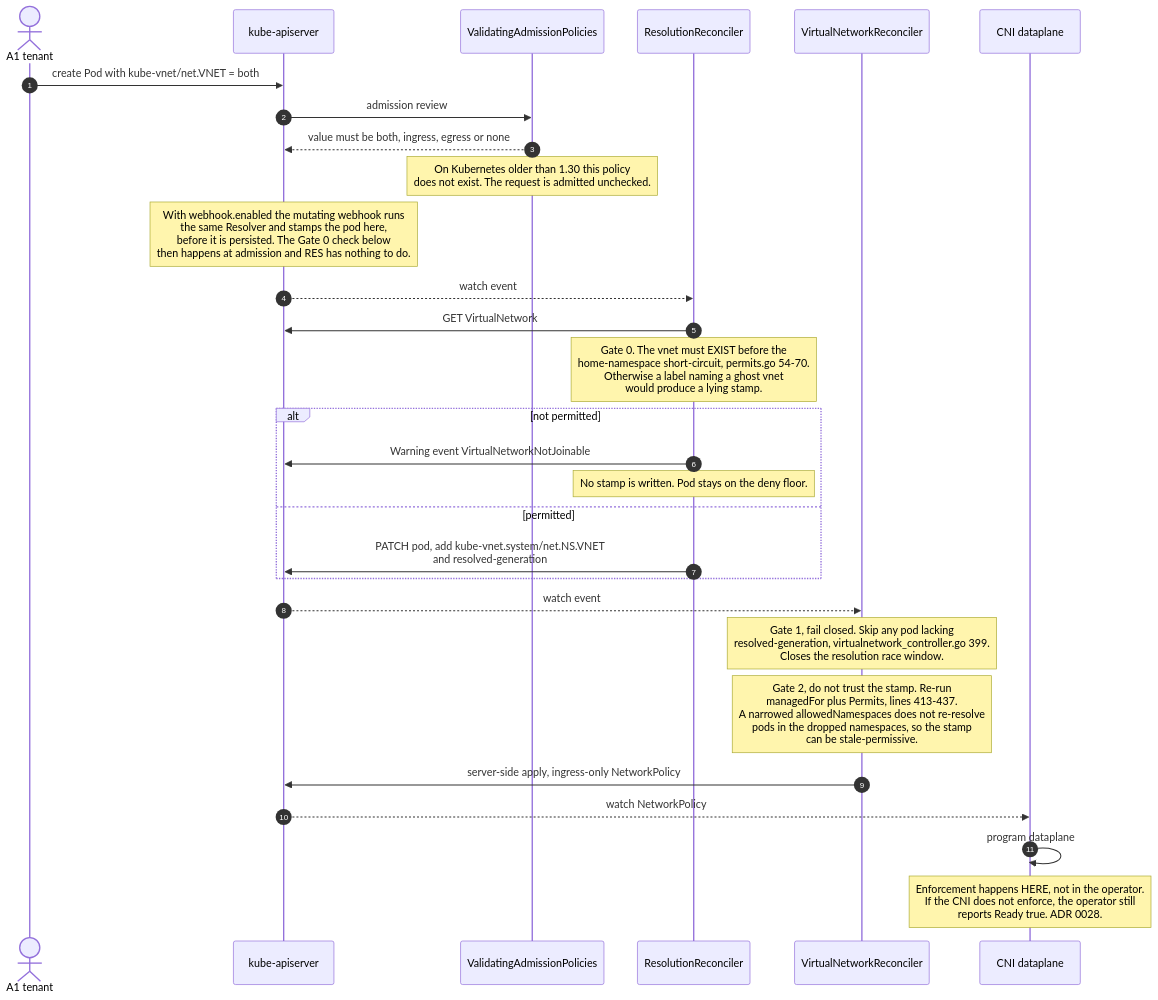
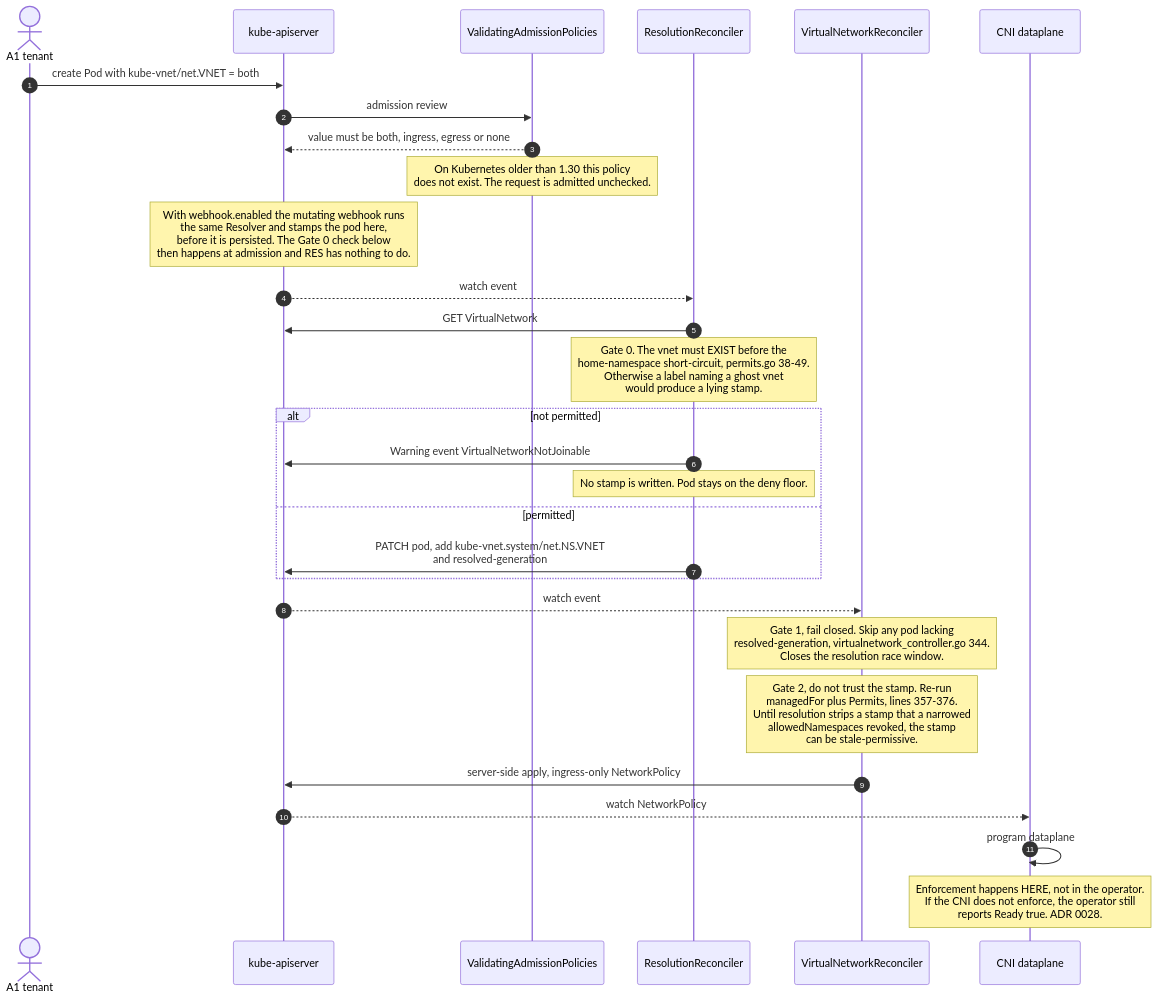
The second of 2 diagrams in docs/security/threat-model.md (lhns/kube-vnet), drawn with Mermaid before and after one commit. The commit also changed other lines of this file and 18 other files, not shown here.

````diff
--- a/docs/security/threat-model.md
+++ b/docs/security/threat-model.md
@@ -131,35 +131,35 @@
 ```mermaid
 sequenceDiagram
     autonumber
     actor T as A1 tenant
     participant API as kube-apiserver
     participant VAP as ValidatingAdmissionPolicies
     participant RES as ResolutionReconciler
     participant GEN as VirtualNetworkReconciler
     participant CNI as CNI dataplane
 
     T->>API: create Pod with kube-vnet/net.VNET = both
     API->>VAP: admission review
     VAP-->>API: value must be both, ingress, egress or none
     Note over VAP: On Kubernetes older than 1.30 this policy<br/>does not exist. The request is admitted unchecked.
     Note over API: With webhook.enabled the mutating webhook runs<br/>the same Resolver and stamps the pod here,<br/>before it is persisted. The Gate 0 check below<br/>then happens at admission and RES has nothing to do.
 
     API-->>RES: watch event
     RES->>API: GET VirtualNetwork
-    Note over RES: Gate 0. The vnet must EXIST before the<br/>home-namespace short-circuit, permits.go 54-70.<br/>Otherwise a label naming a ghost vnet<br/>would produce a lying stamp.
+    Note over RES: Gate 0. The vnet must EXIST before the<br/>home-namespace short-circuit, permits.go 38-49.<br/>Otherwise a label naming a ghost vnet<br/>would produce a lying stamp.
     alt not permitted
         RES->>API: Warning event VirtualNetworkNotJoinable
         Note over RES: No stamp is written. Pod stays on the deny floor.
     else permitted
         RES->>API: PATCH pod, add kube-vnet.system/net.NS.VNET<br/>and resolved-generation
     end
 
     API-->>GEN: watch event
-    Note over GEN: Gate 1, fail closed. Skip any pod lacking<br/>resolved-generation, virtualnetwork_controller.go 399.<br/>Closes the resolution race window.
-    Note over GEN: Gate 2, do not trust the stamp. Re-run<br/>managedFor plus Permits, lines 413-437.<br/>A narrowed allowedNamespaces does not re-resolve<br/>pods in the dropped namespaces, so the stamp<br/>can be stale-permissive.
+    Note over GEN: Gate 1, fail closed. Skip any pod lacking<br/>resolved-generation, virtualnetwork_controller.go 344.<br/>Closes the resolution race window.
+    Note over GEN: Gate 2, do not trust the stamp. Re-run<br/>managedFor plus Permits, lines 357-376.<br/>Until resolution strips a stamp that a narrowed<br/>allowedNamespaces revoked, the stamp<br/>can be stale-permissive.
     GEN->>API: server-side apply, ingress-only NetworkPolicy
 
     API-->>CNI: watch NetworkPolicy
     CNI->>CNI: program dataplane
     Note over CNI: Enforcement happens HERE, not in the operator.<br/>If the CNI does not enforce, the operator still<br/>reports Ready true. ADR 0028.
 ```
````
